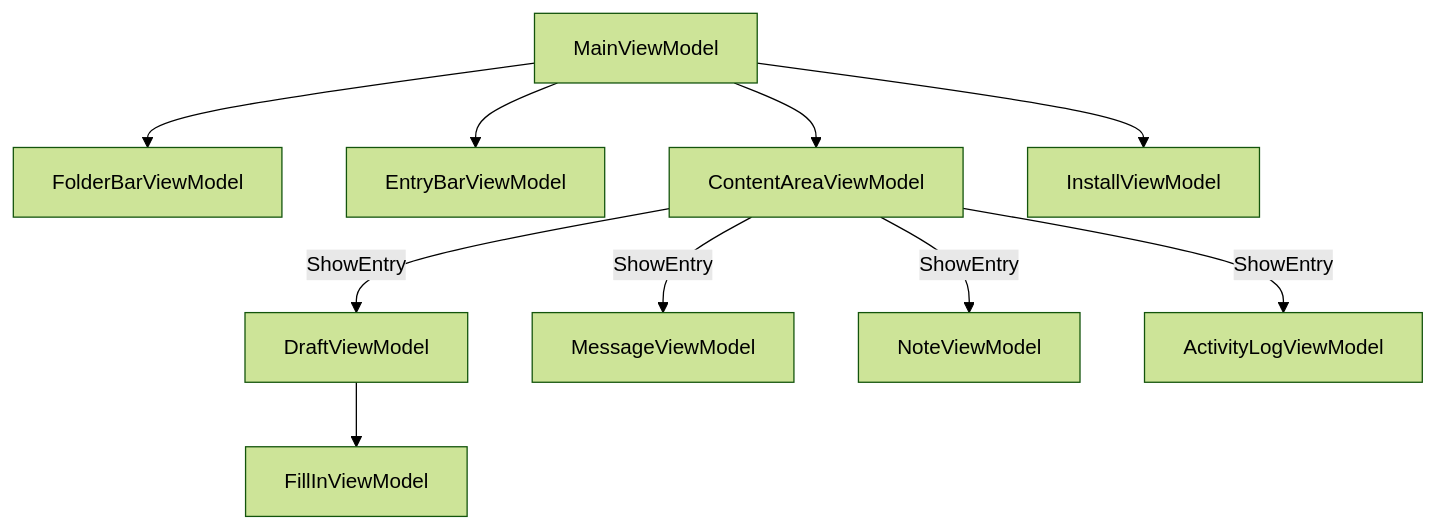
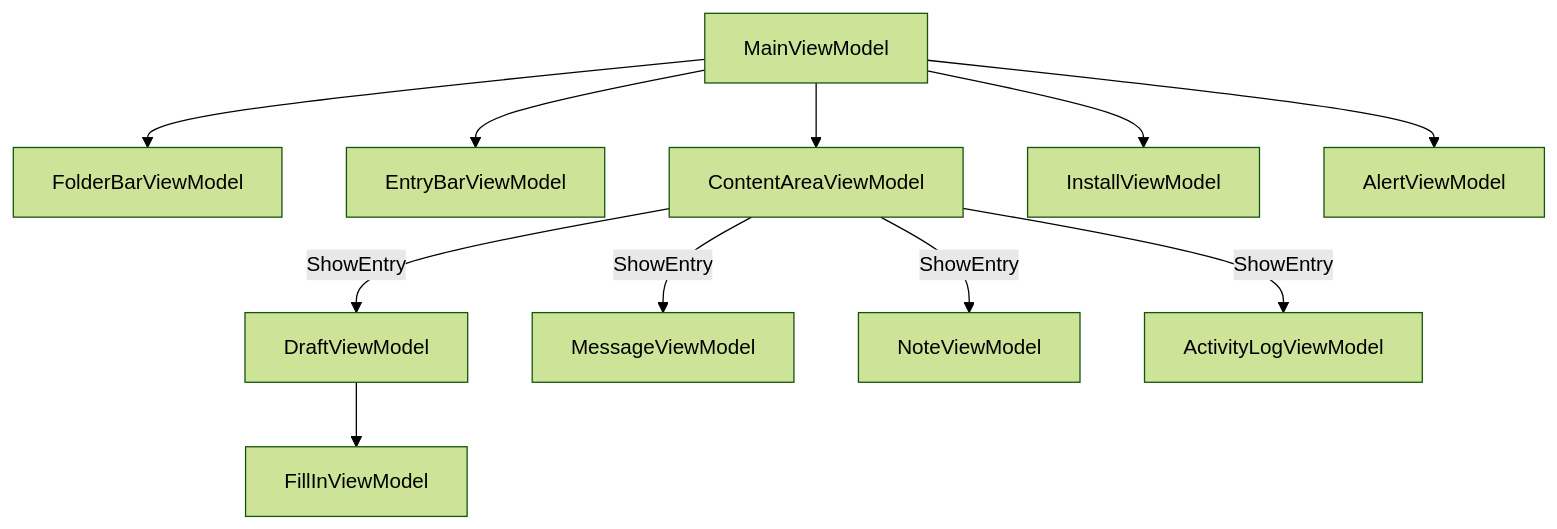
One commit to Blue-Heighliner/Comlink changed the diagram in Docs/ViewModels.md. Above: the diagram before and after it, drawn with Mermaid (forest theme). The commit also changed other lines of this file and 101 other files, not shown here.

````diff
--- a/Docs/ViewModels.md
+++ b/Docs/ViewModels.md
@@ -9,22 +9,24 @@
 ```mermaid
 graph TD
     MVM[MainViewModel]
     FBV[FolderBarViewModel]
     EBV[EntryBarViewModel]
     CAV[ContentAreaViewModel]
     IV[InstallViewModel]
+    AV[AlertViewModel]
     DVM[DraftViewModel]
     MVMe[MessageViewModel]
     NVM[NoteViewModel]
     ALV[ActivityLogViewModel]
     FIV[FillInViewModel]
     MVM --> FBV
     MVM --> EBV
     MVM --> CAV
     MVM --> IV
+    MVM --> AV
     CAV -->|ShowEntry| DVM
     CAV -->|ShowEntry| MVMe
     CAV -->|ShowEntry| NVM
     CAV -->|ShowEntry| ALV
     DVM --> FIV
 ```
````
